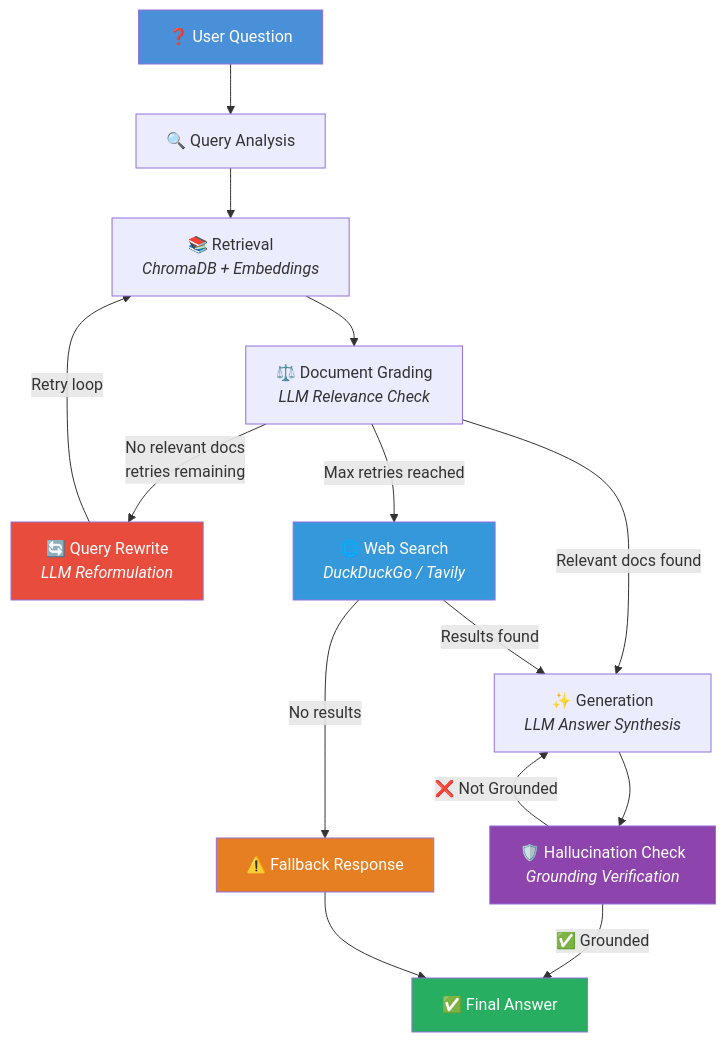
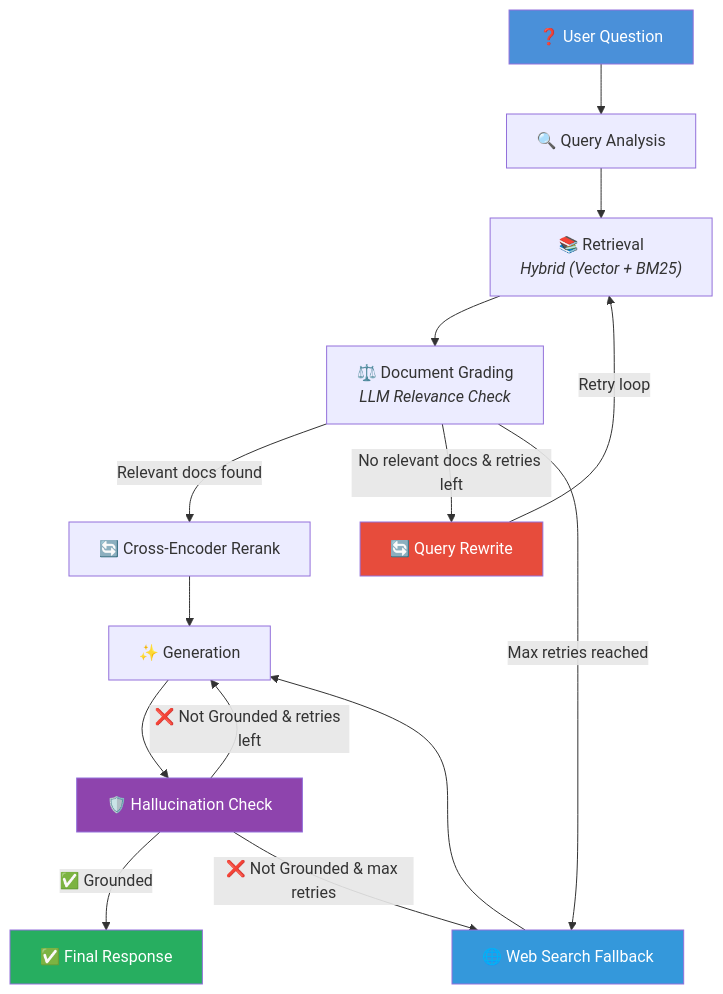
Before and after one commit to lokeshtheprogrammer/Langgraph-RAG-Docs-Assistant: the diagram in README.md, drawn with Mermaid. The commit also changed other lines of this file and 19 other files, not shown here.

````diff
--- a/README.md
+++ b/README.md
@@ -22,23 +31,27 @@
 ```mermaid
 graph TD
-    Q["❓ User Question"] --> QA["🔍 Query Analysis"]
-    QA --> R["📚 Retrieval<br/><i>ChromaDB + Embeddings</i>"]
-    R --> G["⚖️ Document Grading<br/><i>LLM Relevance Check</i>"]
-    G -->|"Relevant docs found"| GEN["✨ Generation<br/><i>LLM Answer Synthesis</i>"]
-    G -->|"No relevant docs<br/>retries remaining"| RW["🔄 Query Rewrite<br/><i>LLM Reformulation</i>"]
-    RW -->|"Retry loop"| R
-    G -->|"Max retries reached"| WS["🌐 Web Search<br/><i>DuckDuckGo / Tavily</i>"]
-    WS -->|"Results found"| GEN
-    WS -->|"No results"| FB["⚠️ Fallback Response"]
-    GEN --> HC["🛡️ Hallucination Check<br/><i>Grounding Verification</i>"]
-    HC -->|"✅ Grounded"| A["✅ Final Answer"]
-    HC -->|"❌ Not Grounded"| GEN
-    FB --> A
-
-    style Q fill:#4A90D9,color:#fff
-    style A fill:#27AE60,color:#fff
-    style FB fill:#E67E22,color:#fff
-    style WS fill:#3498DB,color:#fff
-    style RW fill:#E74C3C,color:#fff
-    style HC fill:#8E44AD,color:#fff
+    UserQuery["❓ User Question"] --> QueryAnalysis["🔍 Query Analysis"]
+    QueryAnalysis --> Retrieval["📚 Retrieval<br/><i>Hybrid (Vector + BM25)</i>"]
+    Retrieval --> DocGrading["⚖️ Document Grading<br/><i>LLM Relevance Check</i>"]
+    
+    DocGrading -->|"Relevant docs found"| Rerank["🔄 Cross-Encoder Rerank"]
+    DocGrading -->|"No relevant docs & retries left"| QueryRewrite["🔄 Query Rewrite"]
+    
+    QueryRewrite -->|"Retry loop"| Retrieval
+    DocGrading -->|"Max retries reached"| WebSearch["🌐 Web Search Fallback"]
+    
+    Rerank --> Generation["✨ Generation"]
+    WebSearch --> Generation
+    
+    Generation --> Hallucination["🛡️ Hallucination Check"]
+    
+    Hallucination -->|"✅ Grounded"| Response["✅ Final Response"]
+    Hallucination -->|"❌ Not Grounded & retries left"| Generation
+    Hallucination -->|"❌ Not Grounded & max retries"| WebSearch
+    
+    style UserQuery fill:#4A90D9,color:#fff
+    style Response fill:#27AE60,color:#fff
+    style WebSearch fill:#3498DB,color:#fff
+    style QueryRewrite fill:#E74C3C,color:#fff
+    style Hallucination fill:#8E44AD,color:#fff
 ```
````
